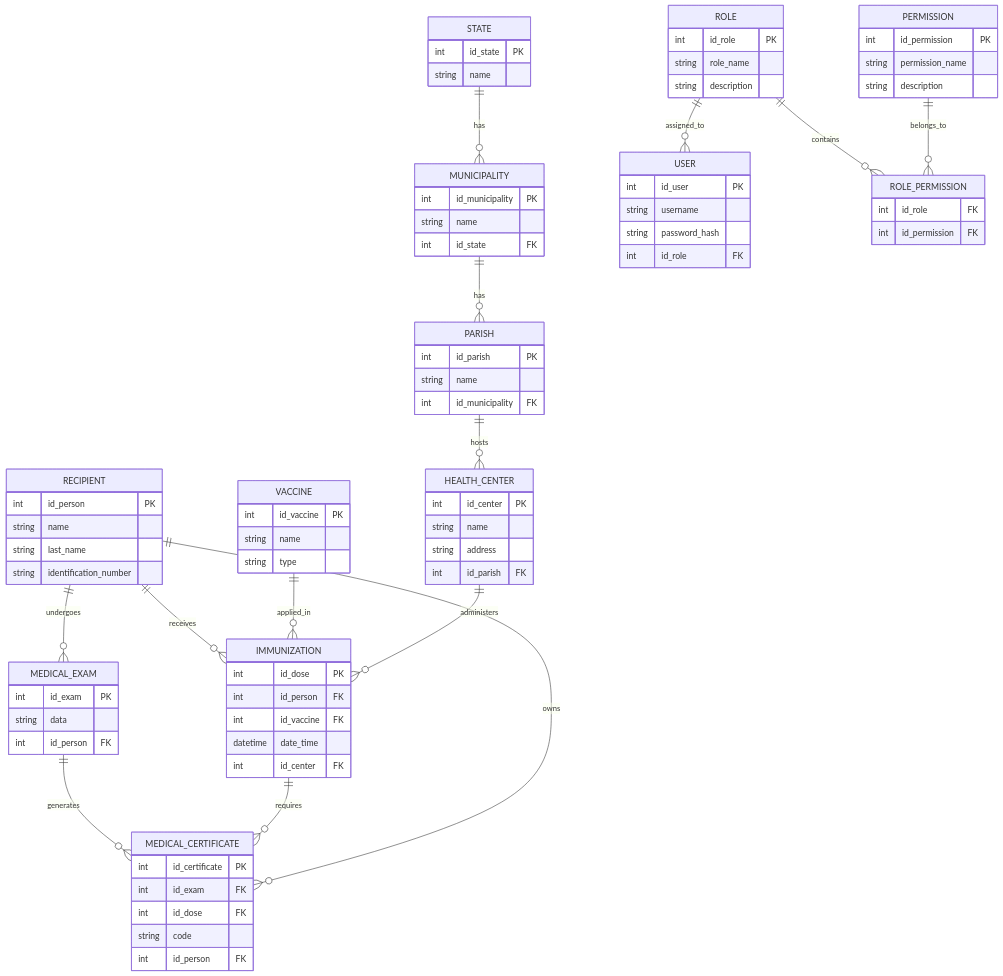
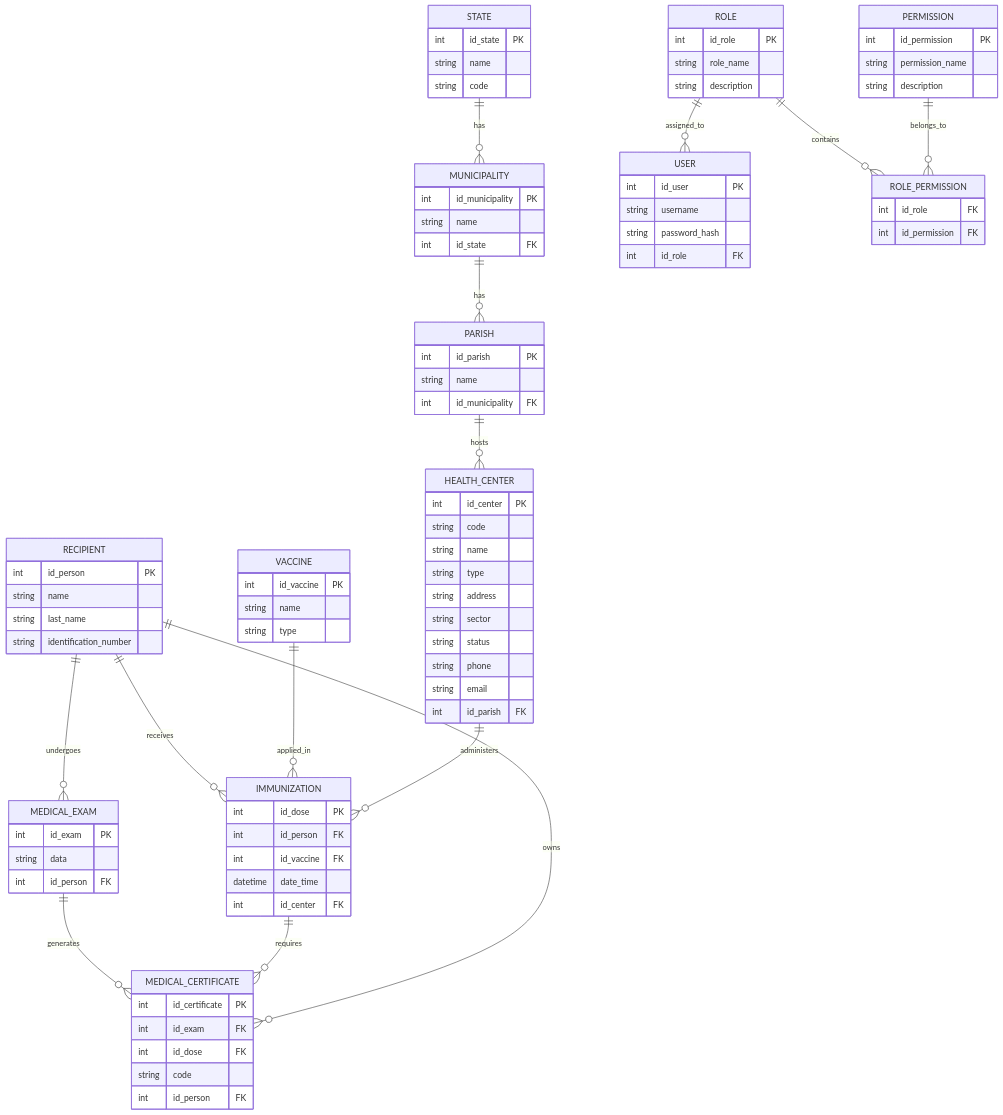
One commit to RicJDev/proyecto-programacion-iii changed the second of 4 diagrams in docs/specs.md. Above: the diagram before and after it, drawn with Mermaid. The commit also changed other lines of this file and 35 other files, not shown here.

```diff
--- a/docs/specs.md
+++ b/docs/specs.md
@@ -93,6 +118,7 @@
     STATE {
         int id_state PK
         string name
+        string code
     }
 
     MUNICIPALITY {
@@ -109,8 +135,14 @@
 
     HEALTH_CENTER {
         int id_center PK
+        string code
         string name
+        string type
         string address
+        string sector
+        string status
+        string phone
+        string email
         int id_parish FK
     }
 
```
